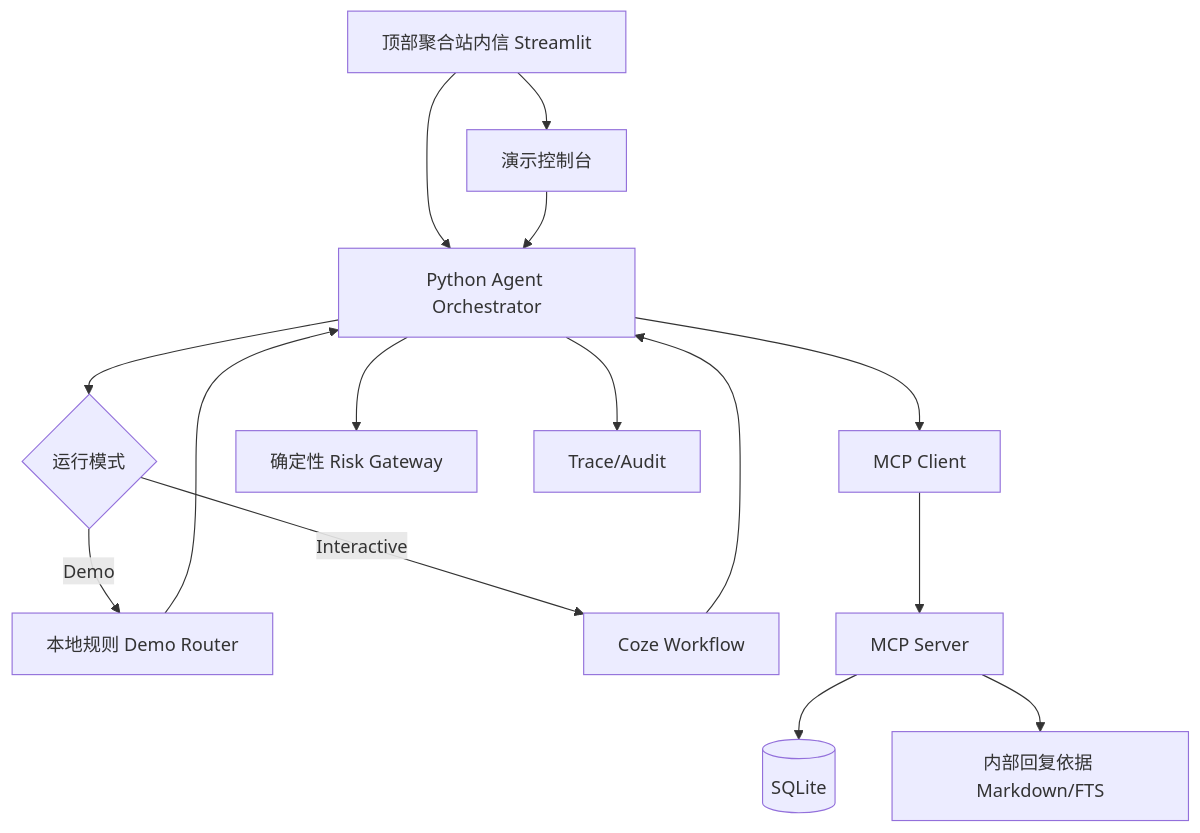
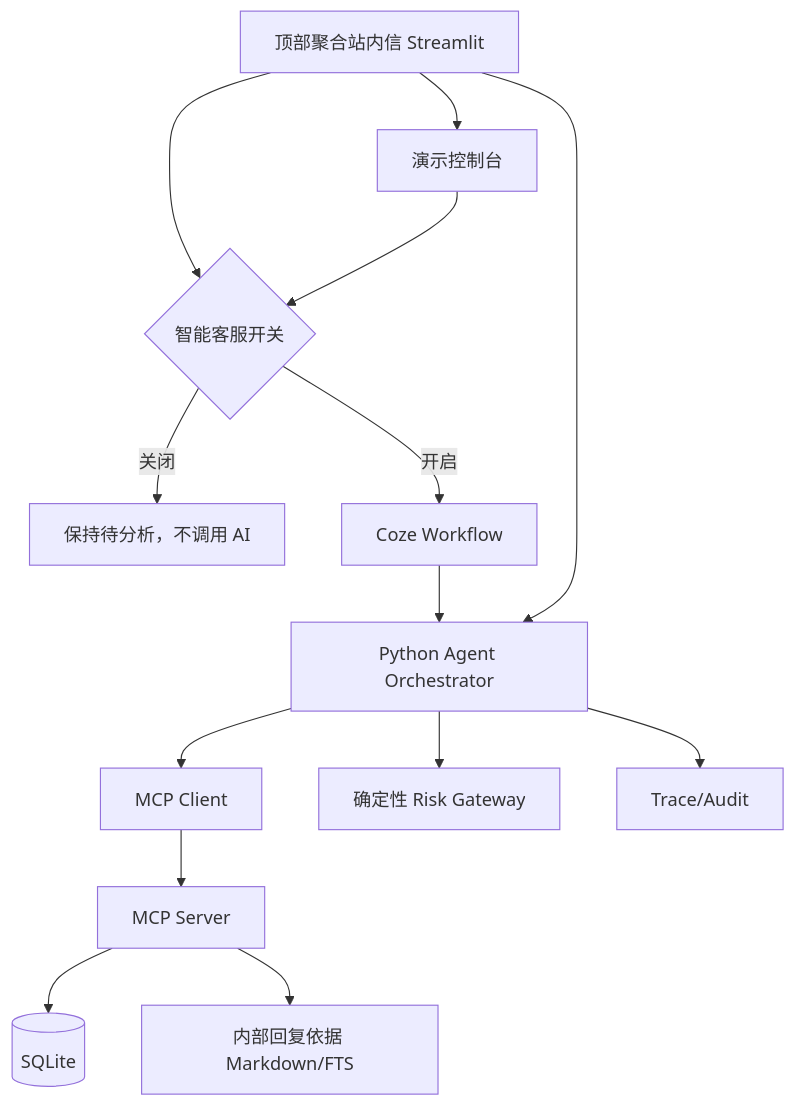
The third of 3 diagrams in docs/requirements/ReplyFlow高风险售后Agent_PRD.md (leiluo845/reply-flow-agent), drawn with Mermaid before and after one commit. The commit also changed other lines of this file and 7 other files, not shown here.

````diff
--- a/docs/requirements/ReplyFlow高风险售后Agent_PRD.md
+++ b/docs/requirements/ReplyFlow高风险售后Agent_PRD.md
@@ -705,17 +695,16 @@
 ```mermaid
 flowchart TB
     UI[顶部聚合站内信 Streamlit] --> CONSOLE[演示控制台]
     UI --> ORCH[Python Agent Orchestrator]
-    CONSOLE --> ORCH
-    ORCH --> MODE{运行模式}
-    MODE -->|Demo| ROUTER[本地规则 Demo Router]
-    MODE -->|Interactive| COZE[Coze Workflow]
-    ROUTER --> ORCH
+    CONSOLE --> SWITCH{智能客服开关}
+    UI --> SWITCH{智能客服开关}
+    SWITCH -->|关闭| WAIT[保持待分析，不调用 AI]
+    SWITCH -->|开启| COZE[Coze Workflow]
     COZE --> ORCH
     ORCH --> MCPCLIENT[MCP Client]
     MCPCLIENT --> MCP[MCP Server]
     MCP --> DB[(SQLite)]
     MCP --> BASIS[内部回复依据 Markdown/FTS]
     ORCH --> RISK[确定性 Risk Gateway]
     ORCH --> TRACE[Trace/Audit]
 ```
````
